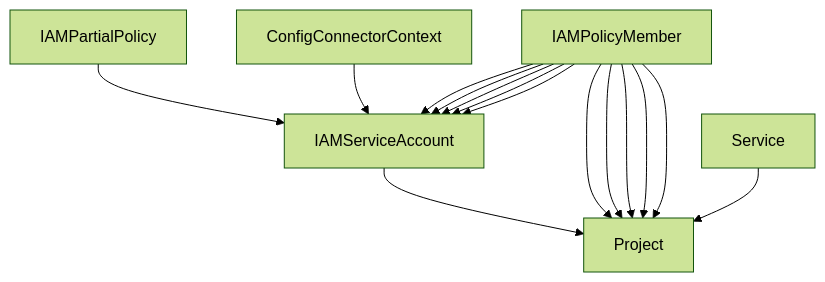
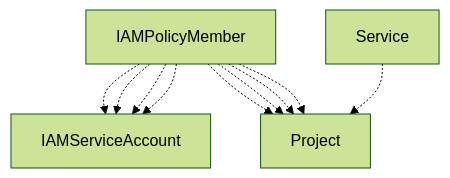
One commit to mathieu-benoit/acm-workshop changed the diagram in content/gke-cluster/allow-gke.md. Above: the diagram before and after it, drawn with Mermaid (forest theme). The commit also changed 13 other files, not shown here.

Commit message:
simplify the mermaid graph, only scoped by what was deployed by page

```diff
--- a/content/gke-cluster/allow-gke.md
+++ b/content/gke-cluster/allow-gke.md
@@ -122,17 +122,12 @@
 {{< mermaid >}}
 graph TD;
-  IAMServiceAccount-->Project
-  IAMPartialPolicy-->IAMServiceAccount
-  ConfigConnectorContext-->IAMServiceAccount
-  IAMPolicyMember-->IAMServiceAccount
-  IAMPolicyMember-->Project
-  IAMPolicyMember-->IAMServiceAccount
-  IAMPolicyMember-->Project
-  IAMPolicyMember-->IAMServiceAccount
-  IAMPolicyMember-->Project
-  IAMPolicyMember-->IAMServiceAccount
-  IAMPolicyMember-->Project
-  IAMPolicyMember-->IAMServiceAccount
-  IAMPolicyMember-->Project
-  Service-->Project
+  IAMPolicyMember-.->IAMServiceAccount
+  IAMPolicyMember-.->Project
+  IAMPolicyMember-.->IAMServiceAccount
+  IAMPolicyMember-.->Project
+  IAMPolicyMember-.->IAMServiceAccount
+  IAMPolicyMember-.->Project
+  IAMPolicyMember-.->IAMServiceAccount
+  IAMPolicyMember-.->Project
+  Service-.->Project
 {{< /mermaid >}}
```
